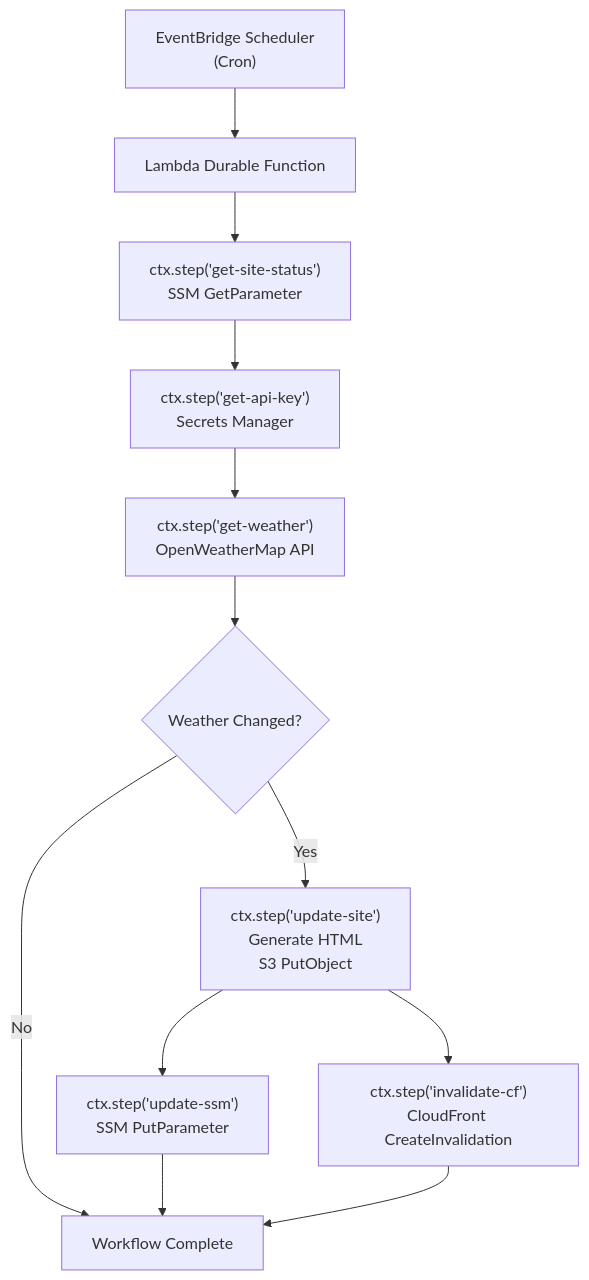
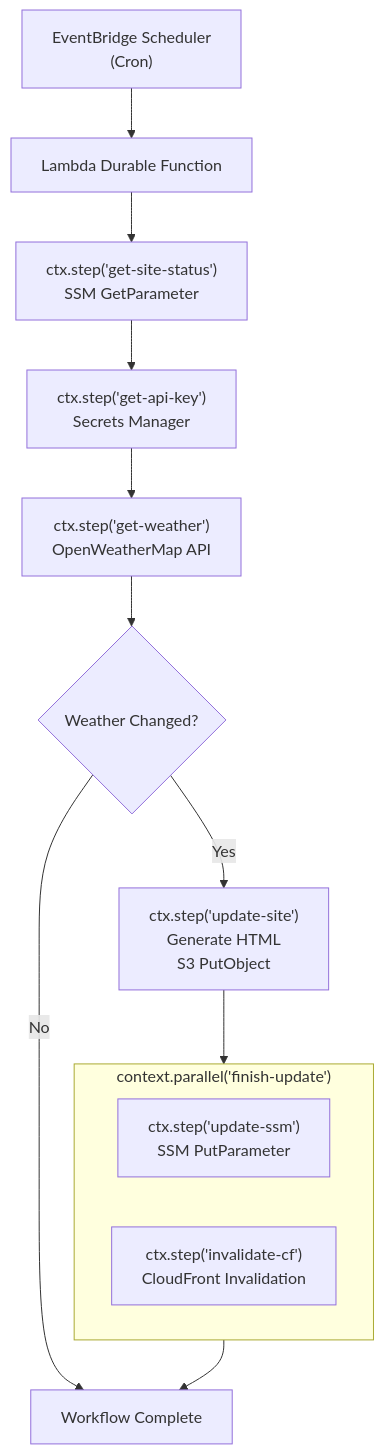
One commit to TrickSumo/durable-function-weather-site changed the diagram in README.md. Above: the diagram before and after it, drawn with Mermaid.

````diff
--- a/README.md
+++ b/README.md
@@ -41,38 +41,41 @@
 ```mermaid
 flowchart TD
 
     Scheduler["EventBridge Scheduler<br/>(Cron)"]
 
     Durable["Lambda Durable Function"]
 
     GetStatus["ctx.step('get-site-status')<br/>SSM GetParameter"]
     GetApiKey["ctx.step('get-api-key')<br/>Secrets Manager"]
     GetWeather["ctx.step('get-weather')<br/>OpenWeatherMap API"]
 
     Decision{"Weather Changed?"}
 
     UpdateSite["ctx.step('update-site')<br/>Generate HTML<br/>S3 PutObject"]
 
     UpdateSSM["ctx.step('update-ssm')<br/>SSM PutParameter"]
     InvalidateCF["ctx.step('invalidate-cf')<br/>CloudFront CreateInvalidation"]
 
     End["Workflow Complete"]
 
+   subgraph FinishUpdate["context.parallel('finish-update')"]
+        UpdateSSM["ctx.step('update-ssm')<br/>SSM PutParameter"]
+        InvalidateCF["ctx.step('invalidate-cf')<br/>CloudFront Invalidation"]
+    end
+
     Scheduler --> Durable
 
     Durable --> GetStatus
     GetStatus --> GetApiKey
     GetApiKey --> GetWeather
 
     GetWeather --> Decision
 
     Decision -- No --> End
 
     Decision -- Yes --> UpdateSite
 
-    UpdateSite --> UpdateSSM
-    UpdateSite --> InvalidateCF
+    UpdateSite -->  FinishUpdate
 
-    UpdateSSM --> End
-    InvalidateCF --> End
+    FinishUpdate--> End
 ```
````
